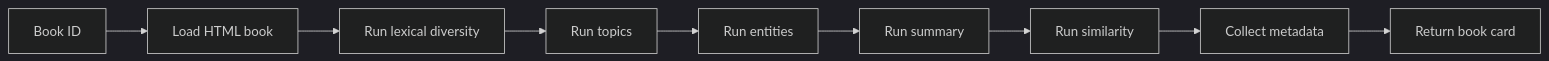
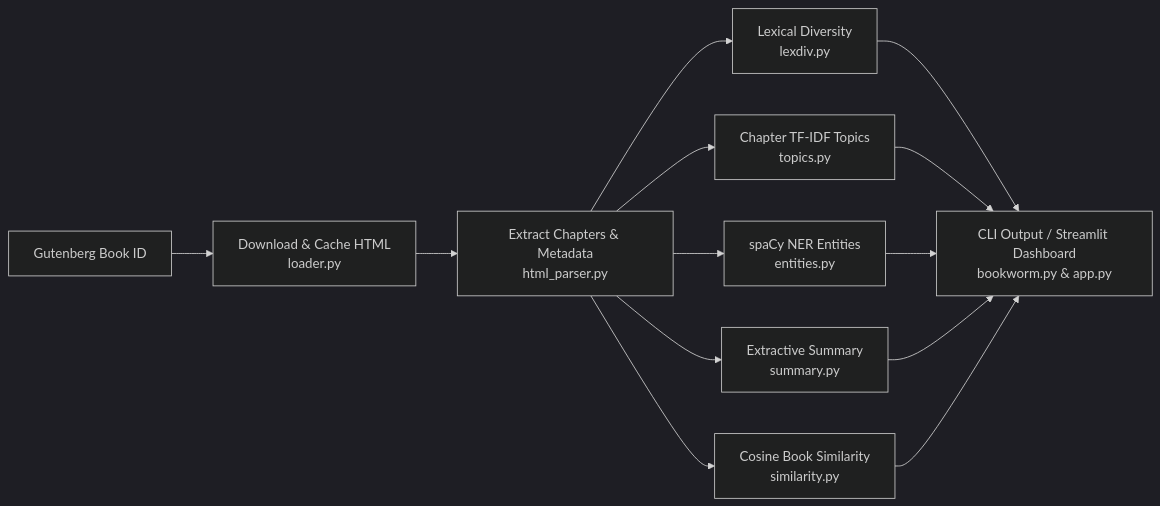
The diagram in README.md (AlexandrG1209/aliceinwonderland), drawn with Mermaid (dark theme) before and after one commit. The commit also changed other lines of this file, not shown here.

Commit message:
docs: enhance README with full NLP architecture, usage, and contributors

````diff
--- a/README.md
+++ b/README.md
@@ -147,11 +30,11 @@
 ```mermaid
 flowchart LR
-    A[Book ID] --> B[Load HTML book]
-    B --> C[Run lexical diversity]
-    C --> D[Run topics]
-    D --> E[Run entities]
-    E --> F[Run summary]
-    F --> G[Run similarity]
-    G --> H[Collect metadata]
-    H --> I[Return book card]
+    A[Gutenberg Book ID] --> B[Download & Cache HTML<br/>loader.py]
+    B --> C[Extract Chapters & Metadata<br/>html_parser.py]
+    C --> D1[Lexical Diversity<br/>lexdiv.py]
+    C --> D2[Chapter TF-IDF Topics<br/>topics.py]
+    C --> D3[spaCy NER Entities<br/>entities.py]
+    C --> D4[Extractive Summary<br/>summary.py]
+    C --> D5[Cosine Book Similarity<br/>similarity.py]
+    D1 & D2 & D3 & D4 & D5 --> E[CLI Output / Streamlit Dashboard<br/>bookworm.py & app.py]
 ```
````
